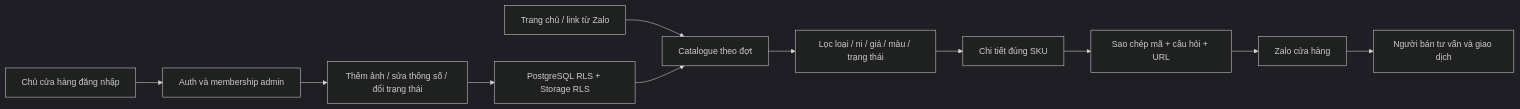
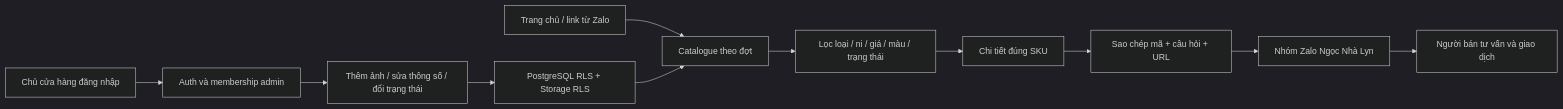
One commit to AegisHamiltonian/jade-catalogue changed the diagram in docs/architecture.md. Above: the diagram before and after it, drawn with Mermaid (dark theme). The commit also changed other lines of this file and 18 other files, not shown here.

Commit message:
Rebrand catalogue as Ngoc Nha Lyn with cream rose palette and Zalo group routing

````diff
--- a/docs/architecture.md
+++ b/docs/architecture.md
@@ -45,13 +45,13 @@
 ```mermaid
 flowchart LR
     A[Trang chủ / link từ Zalo] --> B[Catalogue theo đợt]
     B --> C[Lọc loại / ni / giá / màu / trạng thái]
     C --> D[Chi tiết đúng SKU]
     D --> E[Sao chép mã + câu hỏi + URL]
-    E --> F[Zalo cửa hàng]
+    E --> F[Nhóm Zalo Ngọc Nhà Lyn]
     F --> G[Người bán tư vấn và giao dịch]
     H[Chủ cửa hàng đăng nhập] --> I[Auth và membership admin]
     I --> J[Thêm ảnh / sửa thông số / đổi trạng thái]
     J --> K[PostgreSQL RLS + Storage RLS]
     K --> B
 ```
````
